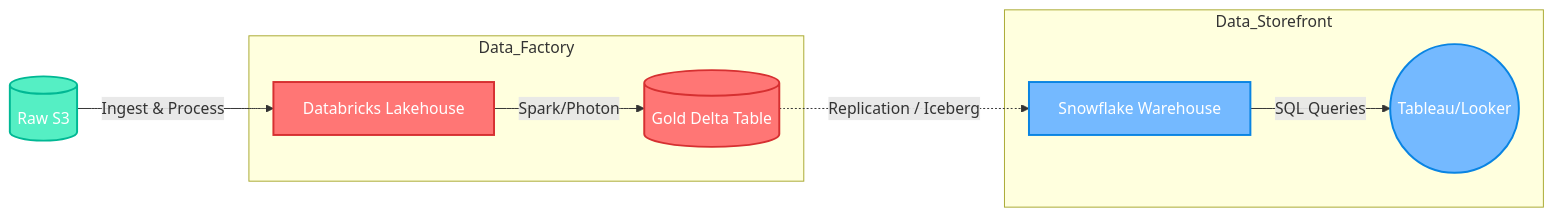
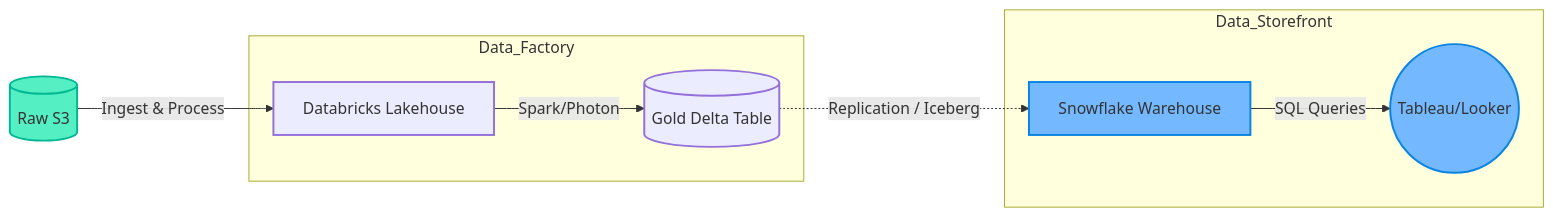
The diagram in 02_Brain/pages/08_Architecture/Snowflake_vs_Databricks_2026.md (visuvishwa99/second_brain), drawn with Mermaid before and after one commit. The commit also changed other lines of this file and 91 other files, not shown here.

````diff
--- a/02_Brain/pages/08_Architecture/Snowflake_vs_Databricks_2026.md
+++ b/02_Brain/pages/08_Architecture/Snowflake_vs_Databricks_2026.md
@@ -63,18 +63,18 @@
 ```mermaid
 flowchart LR
-    classDef databricks fill:#ff7675,stroke:#d63031,stroke-width:2px,color:#fff
-    classDef snowflake fill:#74b9ff,stroke:#0984e3,stroke-width:2px,color:#fff
-    classDef storage fill:#55efc4,stroke:#00b894,stroke-width:2px,color:#fff
+ classDef databricks fill:,stroke:,stroke-width:2px,color:
+ classDef snowflake fill:#74b9ff,stroke:#0984e3,stroke-width:2px,color:
+ classDef storage fill:#55efc4,stroke:#00b894,stroke-width:2px,color:
 
-    Raw[(Raw S3)]:::storage -->|Ingest & Process| DB[Databricks Lakehouse]:::databricks
-    
-    subgraph Data_Factory
-        DB -->|Spark/Photon| Gold_Delta[(Gold Delta Table)]:::databricks
-    end
+ Raw[(Raw S3)]:::storage -->|Ingest & Process| DB[Databricks Lakehouse]:::databricks
 
-    Gold_Delta -.->|Replication / Iceberg| SF[Snowflake Warehouse]:::snowflake
-    
-    subgraph Data_Storefront
-        SF -->|SQL Queries| BI((Tableau/Looker)):::snowflake
-    end
+ subgraph Data_Factory
+ DB -->|Spark/Photon| Gold_Delta[(Gold Delta Table)]:::databricks
+ end
+
+ Gold_Delta -.->|Replication / Iceberg| SF[Snowflake Warehouse]:::snowflake
+
+ subgraph Data_Storefront
+ SF -->|SQL Queries| BI((Tableau/Looker)):::snowflake
+ end
 ```
````
